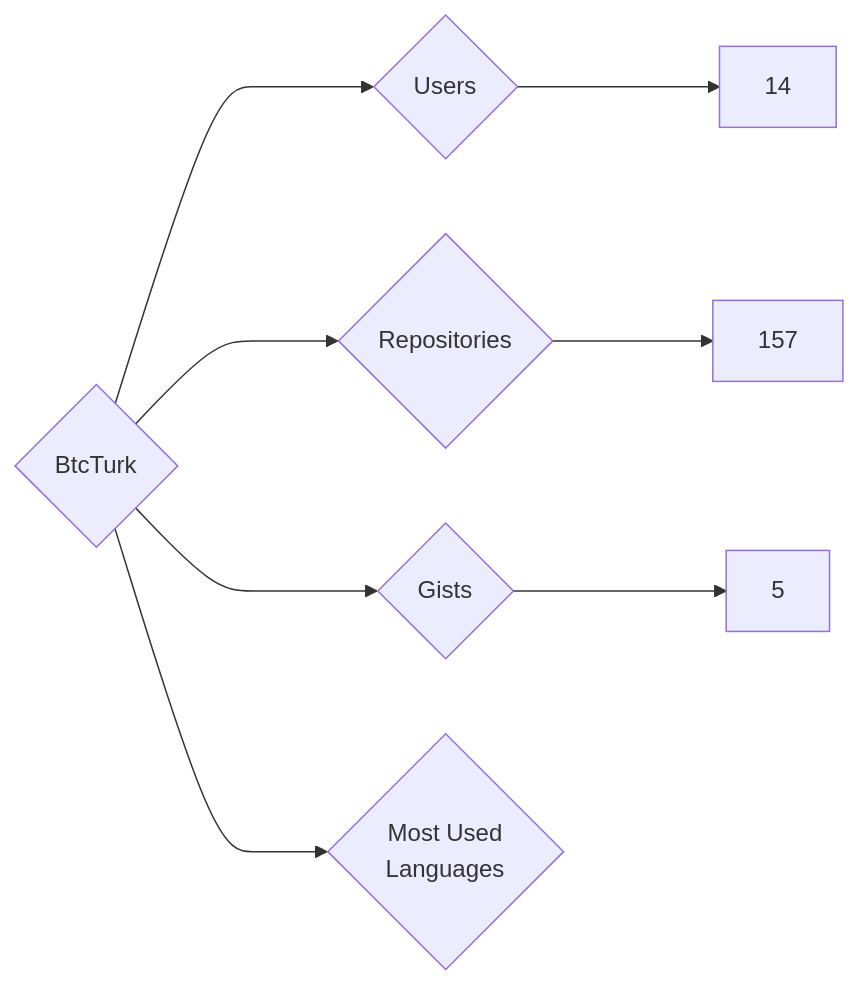
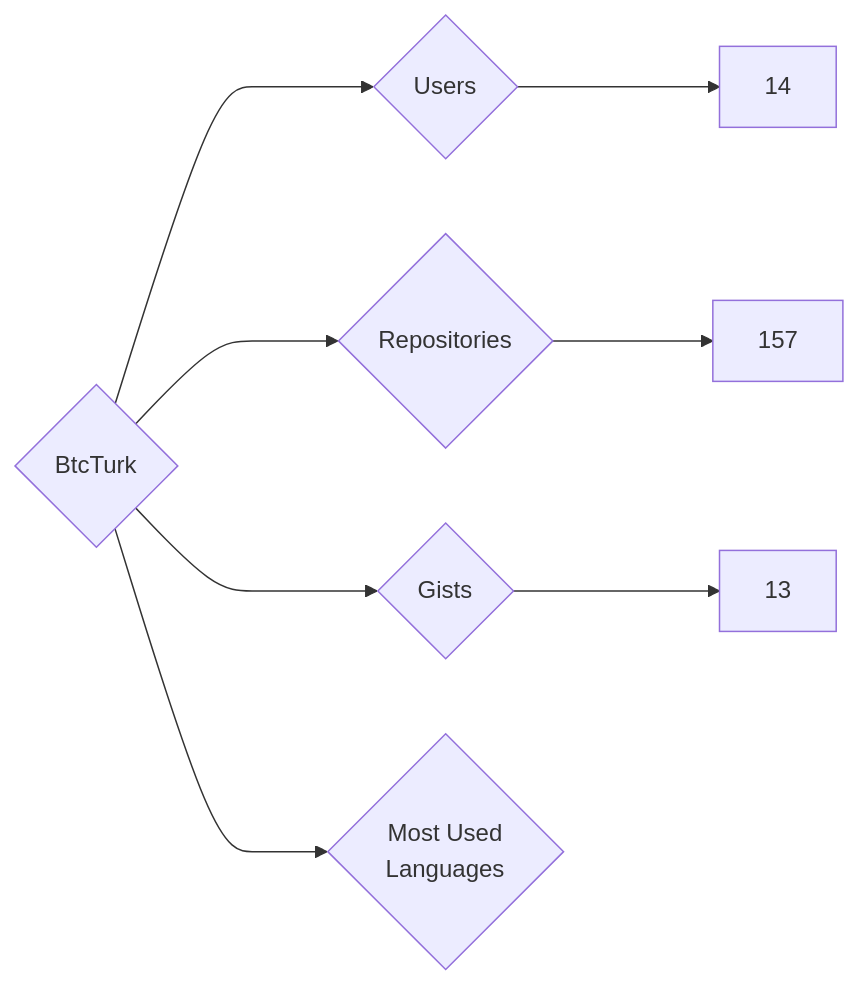
The diagram in targets/BtcTurk/README.md (nenadzaric/insiders), drawn with Mermaid before and after one commit. The commit also changed 1342 other files, not shown here.

````diff
--- a/targets/BtcTurk/README.md
+++ b/targets/BtcTurk/README.md
@@ -3,8 +3,8 @@
 ```mermaid
 graph LR
 COMPANY_NAME{BtcTurk}
 COMPANY_NAME ---> U{Users} ---> UN[14]
 COMPANY_NAME ---> R{Repositories} ---> RN[157]
-COMPANY_NAME ---> G{Gists} ---> GN[5]
+COMPANY_NAME ---> G{Gists} ---> GN[13]
 COMPANY_NAME ---> ML{Most Used<br>Languages}
 ```
````
